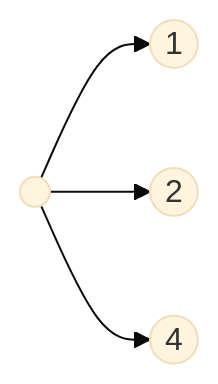
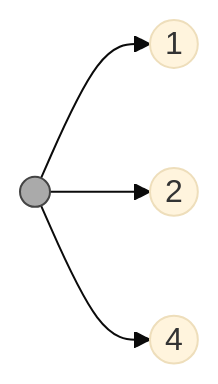
Before and after one commit to innin-jam/bwinf25: the first of 5 diagrams in README.md, drawn with Mermaid (base theme). The commit also changed other lines of this file, not shown here.

````diff
--- a/README.md
+++ b/README.md
@@ -82,4 +82,5 @@
 ```mermaid
 flowchart LR
     a(( )) --> 1((1)) & 2((2)) & 4((4))
+    style a fill:#aaa,stroke:#444
 ```
````
